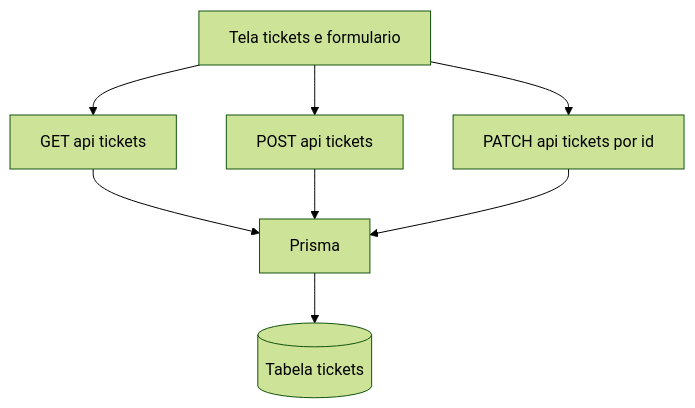
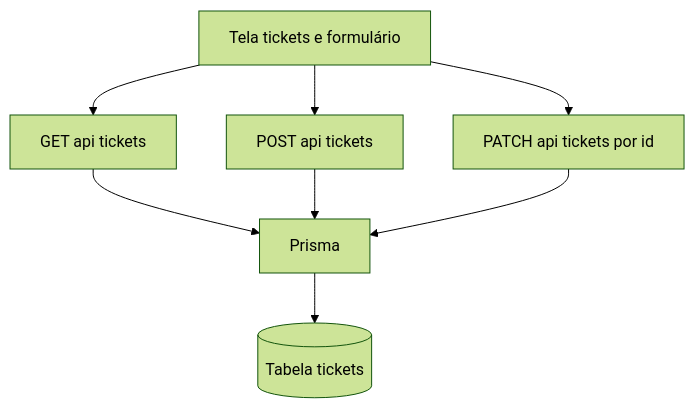
One commit to JPFerreira96/ops-copilot changed the third of 4 diagrams in README.md. Above: the diagram before and after it, drawn with Mermaid (forest theme). The commit also changed other lines of this file, not shown here.

````diff
--- a/README.md
+++ b/README.md
@@ -81,10 +81,10 @@
 ```mermaid
 flowchart TD
-    ui[Tela tickets e formulario] --> listApi[GET api tickets]
+    ui[Tela tickets e formulário] --> listApi[GET api tickets]
     ui --> createApi[POST api tickets]
     ui --> updateApi[PATCH api tickets por id]
     listApi --> prisma[Prisma]
     createApi --> prisma
     updateApi --> prisma
     prisma --> ticketsDb[(Tabela tickets)]
 ```
````
